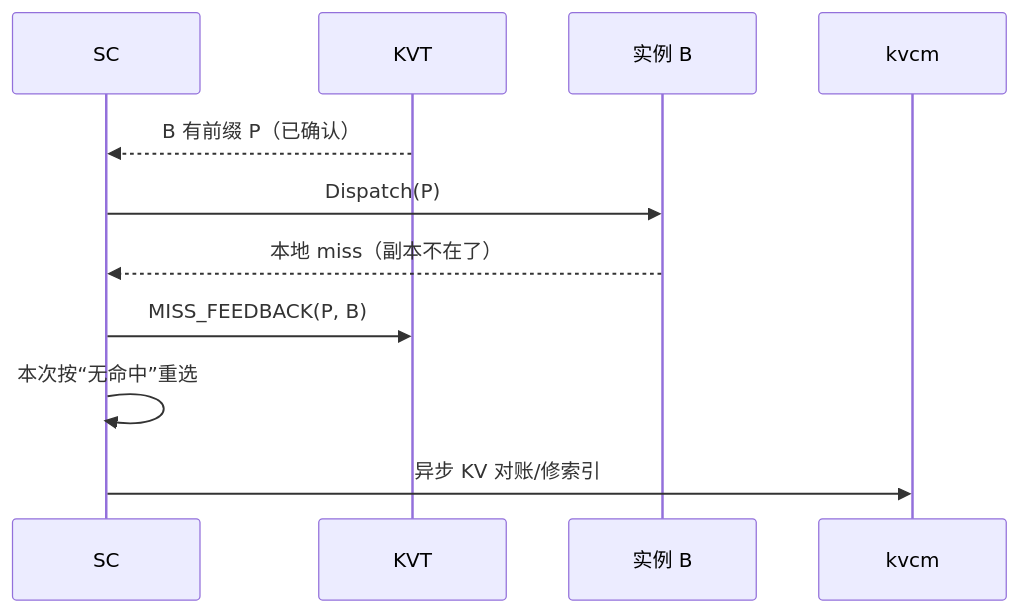
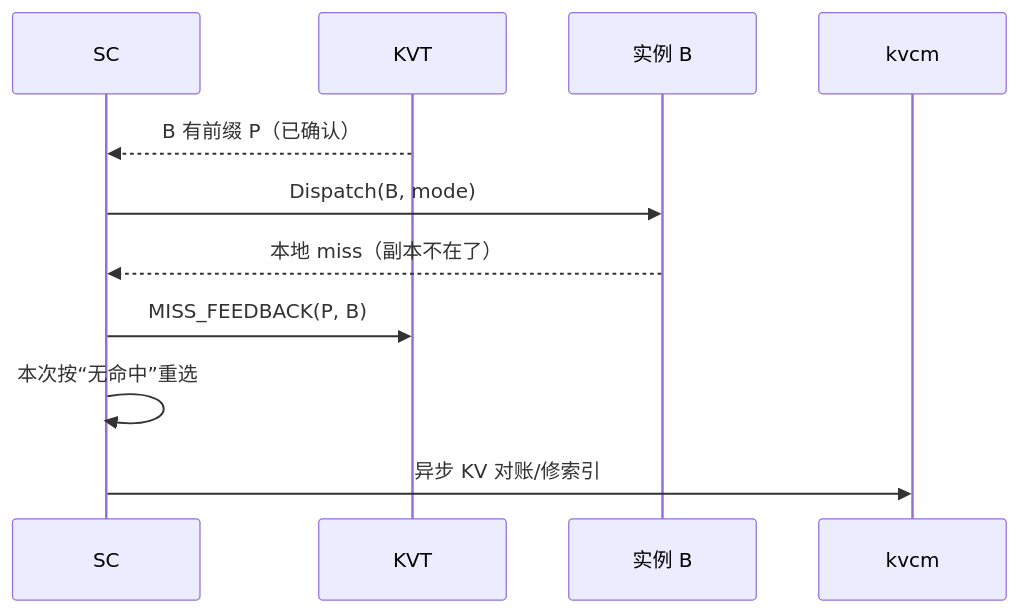
Before and after one commit to 5x8-40/lake: the eighth of 9 diagrams in kvcm/design/D8b-scheduling-sequences.md, drawn with Mermaid. The commit also changed other lines of this file and 3 other files, not shown here.

First line of the commit message:
docs(kvcm): Dispatch 去掉 hint，改 target+mode

````diff
--- a/kvcm/design/D8b-scheduling-sequences.md
+++ b/kvcm/design/D8b-scheduling-sequences.md
@@ -214,14 +214,14 @@
 ```mermaid
 sequenceDiagram
     participant R as SC
     participant KVT as KVT
     participant W as 实例 B
     participant K as kvcm
 
     KVT-->>R: B 有前缀 P（已确认）
-    R->>W: Dispatch(P)
+    R->>W: Dispatch(B, mode)
     W-->>R: 本地 miss（副本不在了）
     R->>KVT: MISS_FEEDBACK(P, B)
     R->>R: 本次按“无命中”重选
     R->>K: 异步 KV 对账/修索引
 ```
````
